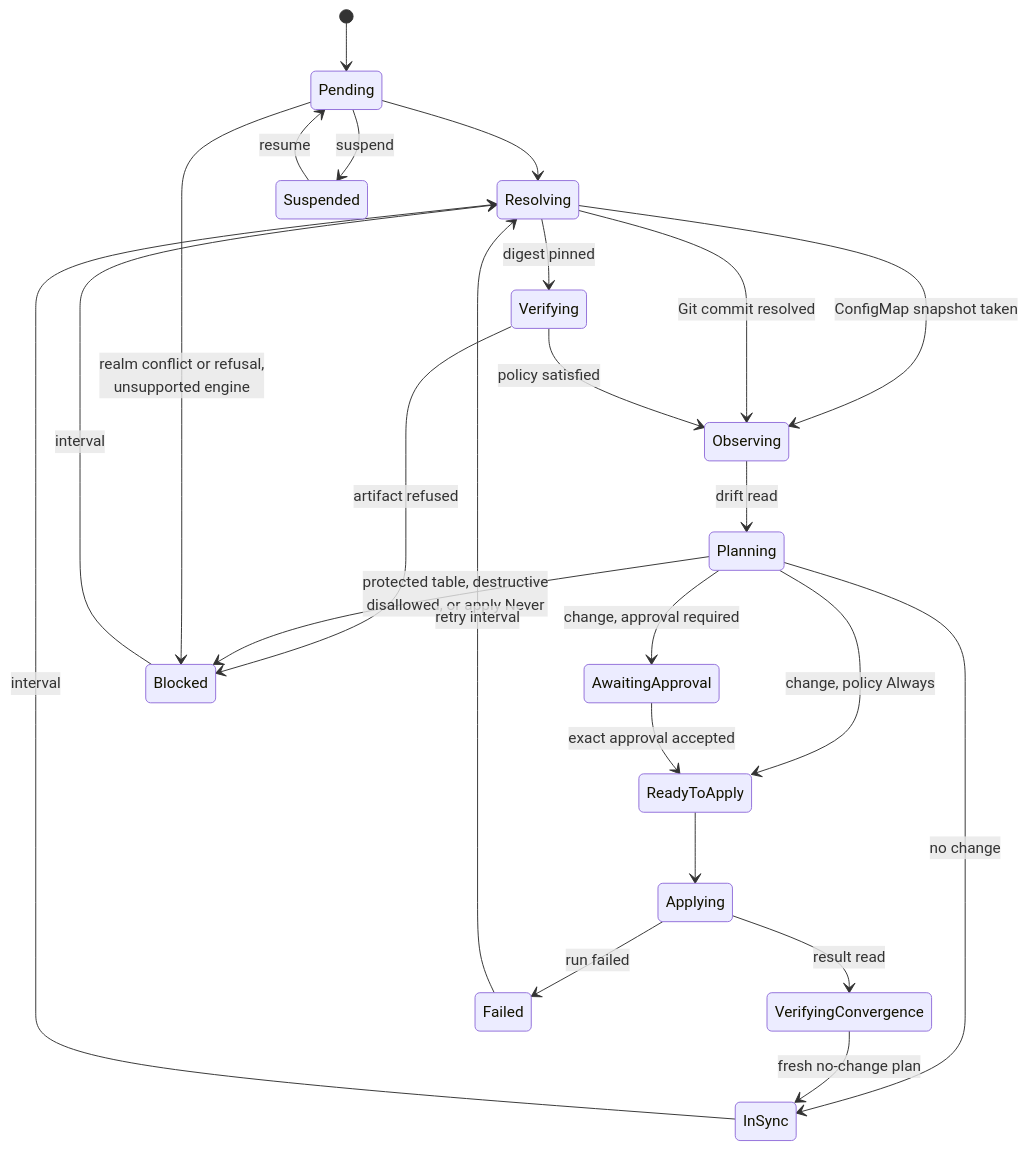
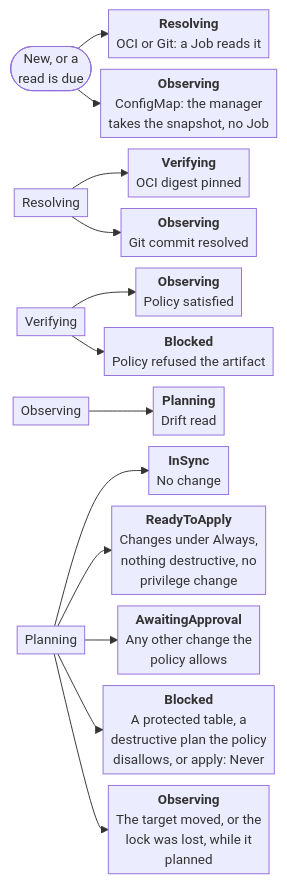
The third of 8 diagrams in docs/site/src/content/docs/reference/reconciliation.md (stokaro/ptah-operator), drawn with Mermaid before and after one commit. The commit also changed other lines of this file and 2 other files, not shown here.

````diff
--- a/docs/site/src/content/docs/reference/reconciliation.md
+++ b/docs/site/src/content/docs/reference/reconciliation.md
@@ -172,26 +179,35 @@
 ```mermaid
-stateDiagram-v2
-  [*] --> Pending
-  Pending --> Resolving
-  Resolving --> Verifying: digest pinned
-  Resolving --> Observing: ConfigMap snapshot taken
-  Resolving --> Observing: Git commit resolved
-  Verifying --> Observing: policy satisfied
-  Observing --> Planning: drift read
-  Planning --> InSync: no change
-  Planning --> AwaitingApproval: change, approval required
-  Planning --> ReadyToApply: change, policy Always
-  AwaitingApproval --> ReadyToApply: exact approval accepted
-  ReadyToApply --> Applying
-  Applying --> VerifyingConvergence: result read
-  VerifyingConvergence --> InSync: fresh no-change plan
-  InSync --> Resolving: interval
-  Blocked --> Resolving: interval
-  Verifying --> Blocked: artifact refused
-  Planning --> Blocked: protected table, destructive<br/>disallowed, or apply Never
-  Pending --> Blocked: realm conflict or refusal,<br/>unsupported engine
-  Applying --> Failed: run failed
-  Failed --> Resolving: retry interval
-  Pending --> Suspended: suspend
-  Suspended --> Pending: resume
+---
+config:
+  look: classic
+  themeVariables:
+    fontSize: 14px
+  flowchart:
+    wrappingWidth: 260
+    nodeSpacing: 12
+    rankSpacing: 10
+    padding: 4
+    diagramPadding: 6
+---
+flowchart LR
+  %% status.phase
+  accTitle: A schema's phases from its source to a plan's verdict
+  accDescr: Resolving, Verifying, Observing and Planning lead to InSync, ReadyToApply, AwaitingApproval or Blocked. Each box on the right names the next phase and what moves the resource there.
+  due(["New, or a<br/>read is due"])
+  resolving["Resolving"]
+  verifying["Verifying"]
+  observing["Observing"]
+  planning["Planning"]
+  due --> dueOci["<b>Resolving</b><br/>OCI or Git: a Job reads it"]
+  due --> dueConfigMap["<b>Observing</b><br/>ConfigMap: the manager<br/>takes the snapshot, no Job"]
+  resolving --> resolvedOci["<b>Verifying</b><br/>OCI digest pinned"]
+  resolving --> resolvedGit["<b>Observing</b><br/>Git commit resolved"]
+  verifying --> verified["<b>Observing</b><br/>Policy satisfied"]
+  verifying --> refused["<b>Blocked</b><br/>Policy refused the artifact"]
+  observing --> observed["<b>Planning</b><br/>Drift read"]
+  planning --> noChange["<b>InSync</b><br/>No change"]
+  planning --> automatic["<b>ReadyToApply</b><br/>Changes under Always,<br/>nothing destructive, no<br/>privilege change"]
+  planning --> needsApproval["<b>AwaitingApproval</b><br/>Any other change the<br/>policy allows"]
+  planning --> planRefused["<b>Blocked</b><br/>A protected table, a<br/>destructive plan the policy<br/>disallows, or apply: Never"]
+  planning --> replans["<b>Observing</b><br/>The target moved, or the<br/>lock was lost, while it<br/>planned"]
 ```
````
